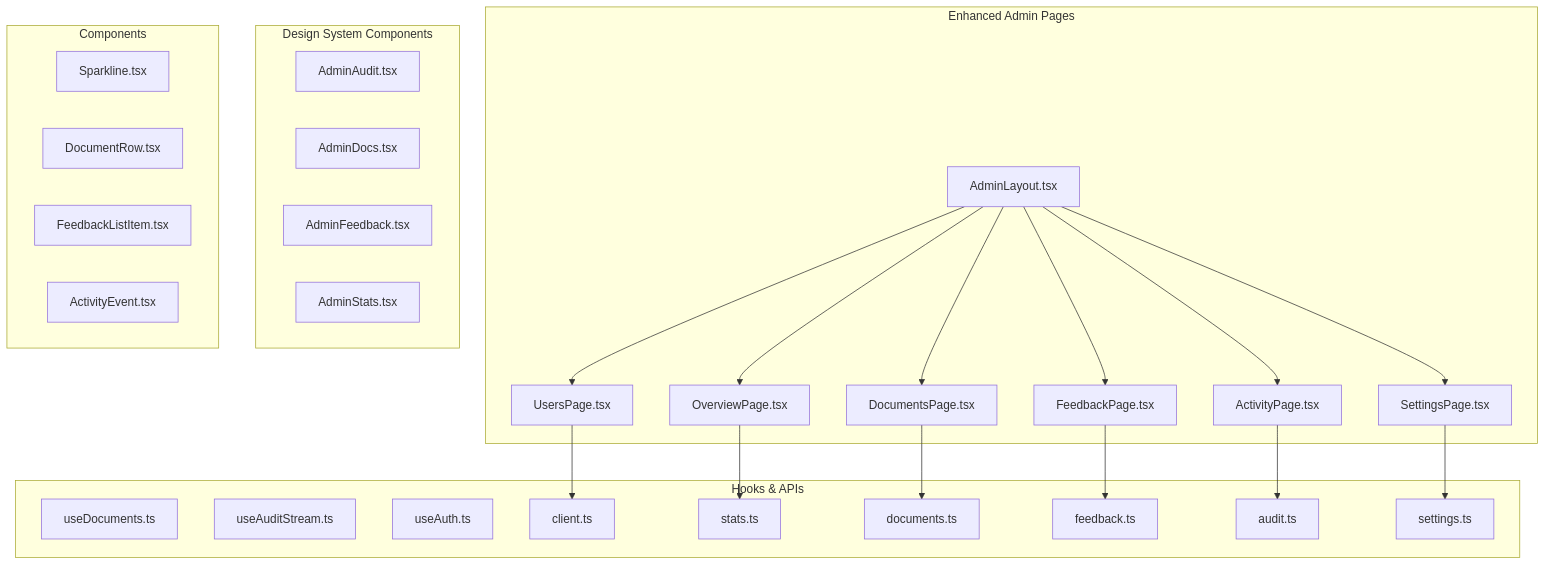
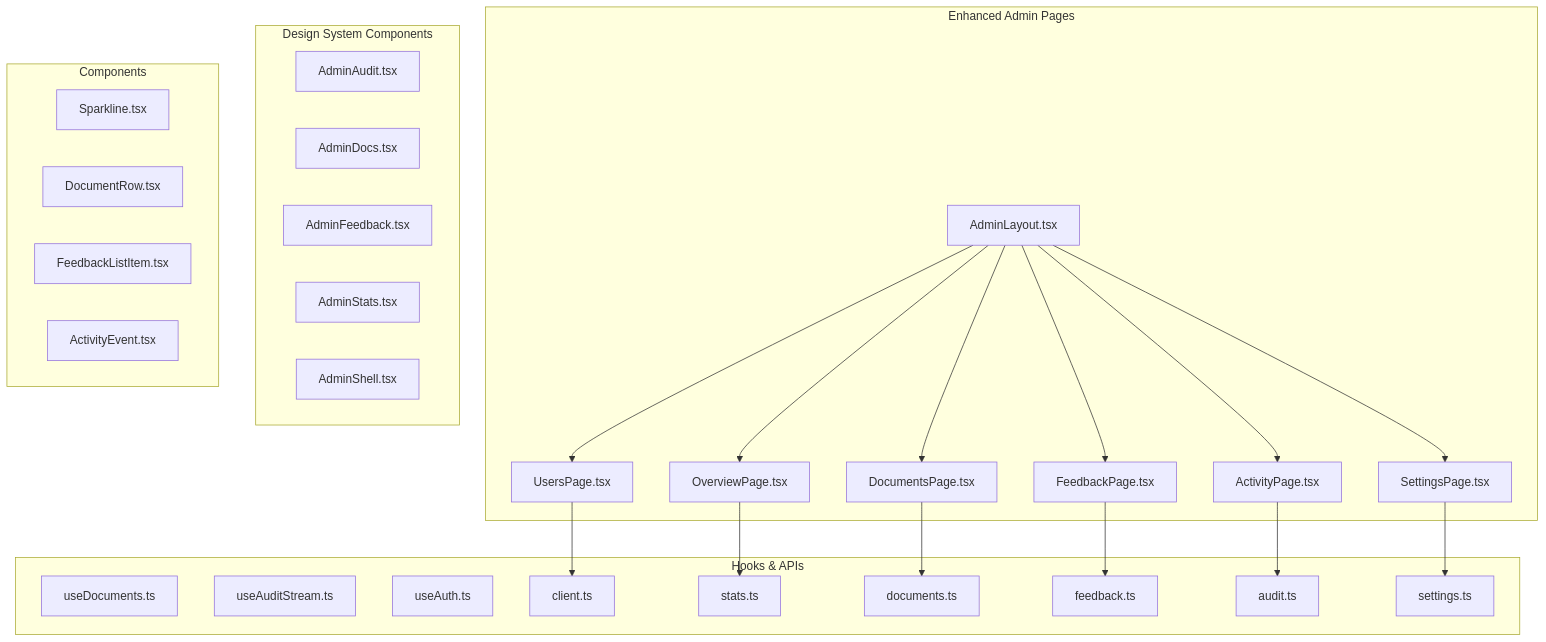
One commit to genes8/private-ai changed the first of 15 diagrams in .qoder/repowiki/en/content/Frontend Application/Admin Dashboard/Admin Dashboard.md. Above: the diagram before and after it, drawn with Mermaid. The commit also changed other lines of this file and 12 other files, not shown here.

````diff
--- a/.qoder/repowiki/en/content/Frontend Application/Admin Dashboard/Admin Dashboard.md
+++ b/.qoder/repowiki/en/content/Frontend Application/Admin Dashboard/Admin Dashboard.md
@@ -63,47 +64,48 @@
 ```mermaid
 graph TB
 subgraph "Enhanced Admin Pages"
 AL["AdminLayout.tsx"]
 OP["OverviewPage.tsx"]
 DP["DocumentsPage.tsx"]
 AP["ActivityPage.tsx"]
 FP["FeedbackPage.tsx"]
 UP["UsersPage.tsx"]
 SP["SettingsPage.tsx"]
 end
 subgraph "Design System Components"
 DA["AdminAudit.tsx"]
 DD["AdminDocs.tsx"]
 DF["AdminFeedback.tsx"]
 DS["AdminStats.tsx"]
+AS["AdminShell.tsx"]
 end
 subgraph "Components"
 SL["Sparkline.tsx"]
 DR["DocumentRow.tsx"]
 FLI["FeedbackListItem.tsx"]
 AE["ActivityEvent.tsx"]
 end
 subgraph "Hooks & APIs"
 UDM["useDocuments.ts"]
 UAS["useAuditStream.ts"]
 UA["useAuth.ts"]
 CLI["client.ts"]
 ST["stats.ts"]
 DOC["documents.ts"]
 FB["feedback.ts"]
 AT["audit.ts"]
 SET["settings.ts"]
 end
 AL --> SP
 AL --> UP
 AL --> FP
 AL --> AP
 AL --> DP
 AL --> OP
 SP --> SET
 UP --> CLI
 FP --> FB
 AP --> AT
 DP --> DOC
 OP --> ST
 ```
````
